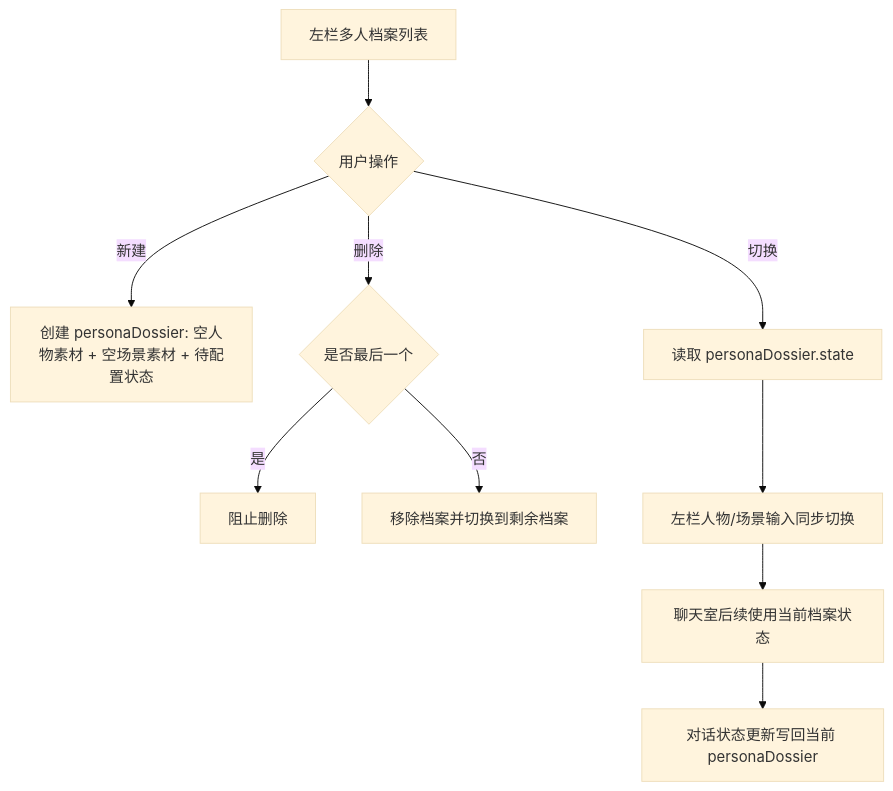
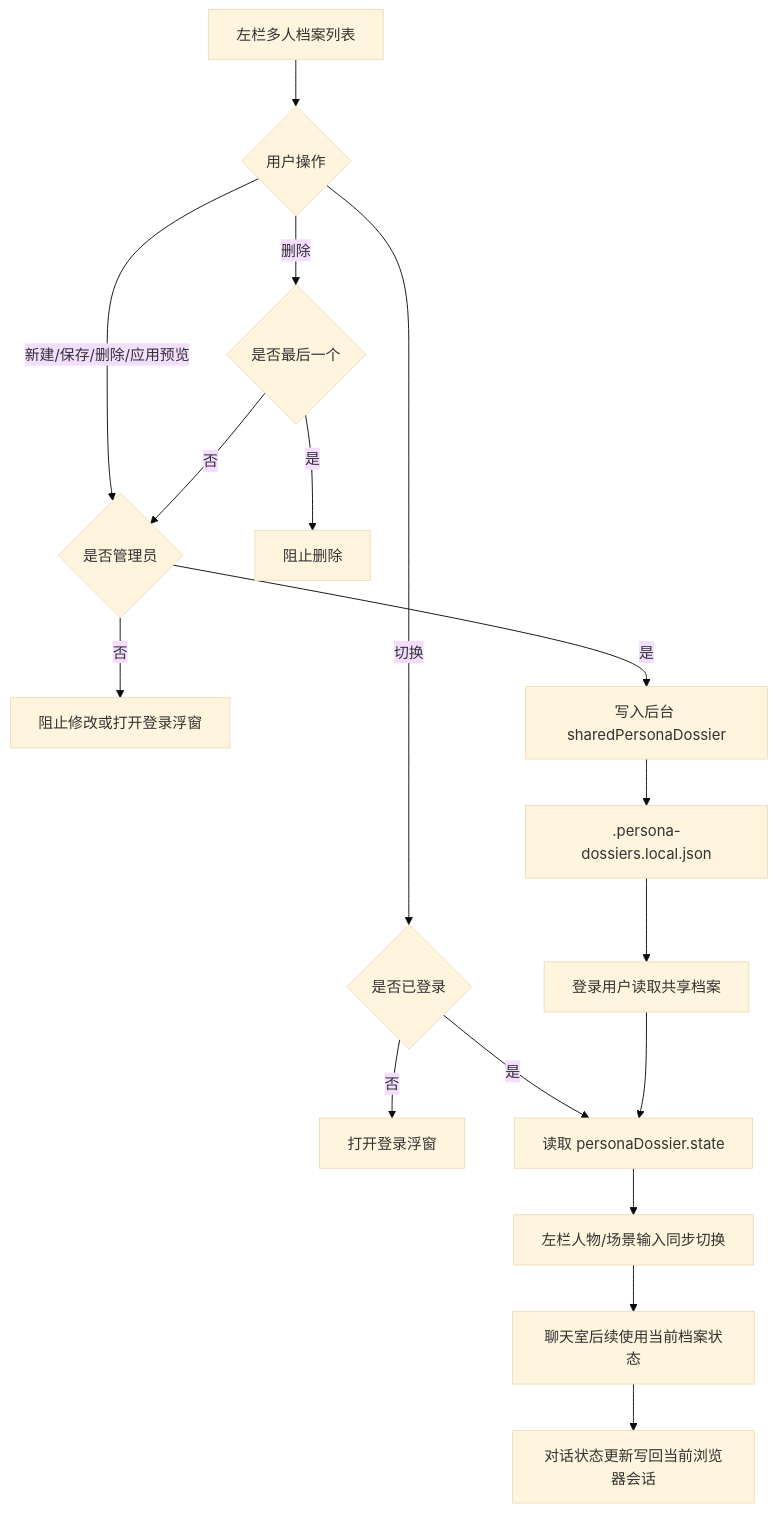
One commit to ttmanthatman/virtual-human-flow changed the eighth of 30 diagrams in docs/SYSTEM_FLOW.md. Above: the diagram before and after it, drawn with Mermaid (base theme). The commit also changed other lines of this file and 13 other files, not shown here.

````diff
--- a/docs/SYSTEM_FLOW.md
+++ b/docs/SYSTEM_FLOW.md
@@ -159,12 +188,19 @@
 ```mermaid
 flowchart TD
     A[左栏多人档案列表] --> B{用户操作}
-    B -- 新建 --> C[创建 personaDossier: 空人物素材 + 空场景素材 + 待配置状态]
-    B -- 切换 --> D[读取 personaDossier.state]
+    B -- 新建/保存/删除/应用预览 --> ADMIN{是否管理员}
+    ADMIN -- 否 --> BLOCK[阻止修改或打开登录浮窗]
+    ADMIN -- 是 --> C[写入后台 sharedPersonaDossier]
+    B -- 切换 --> LOGIN{是否已登录}
+    LOGIN -- 否 --> POP[打开登录浮窗]
+    LOGIN -- 是 --> D[读取 personaDossier.state]
     B -- 删除 --> E{是否最后一个}
     E -- 是 --> F[阻止删除]
-    E -- 否 --> G[移除档案并切换到剩余档案]
+    E -- 否 --> ADMIN
+    C --> STORE[.persona-dossiers.local.json]
+    STORE --> READ[登录用户读取共享档案]
+    READ --> D
     D --> H[左栏人物/场景输入同步切换]
     H --> I[聊天室后续使用当前档案状态]
-    I --> J[对话状态更新写回当前 personaDossier]
+    I --> J[对话状态更新写回当前浏览器会话]
 ```
````
